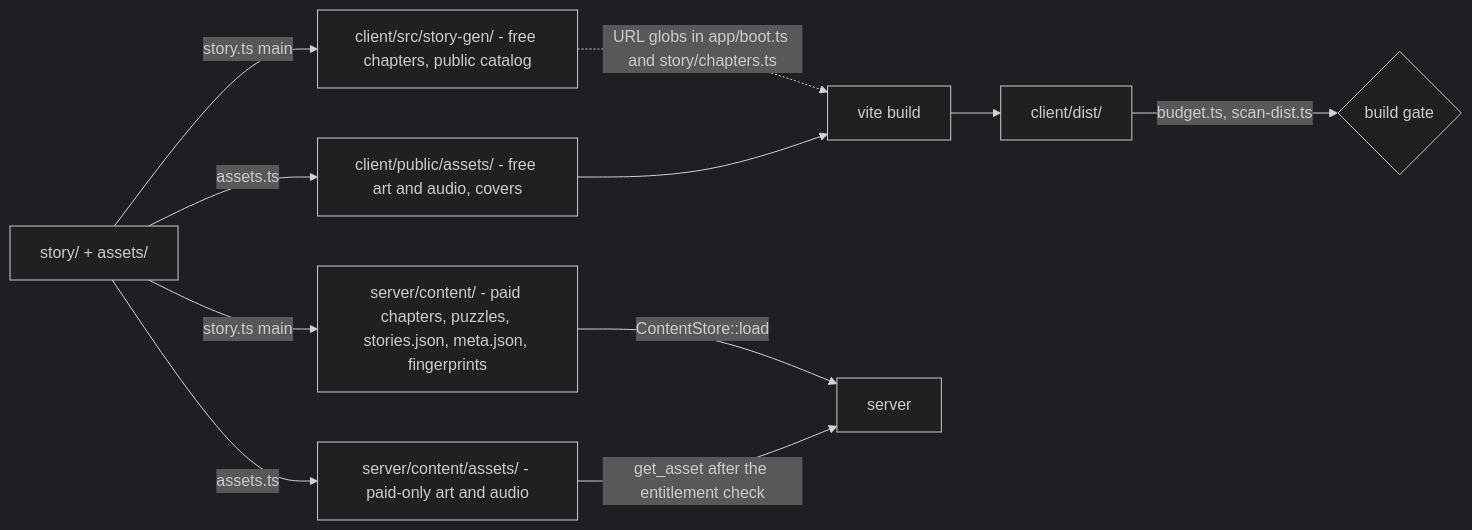
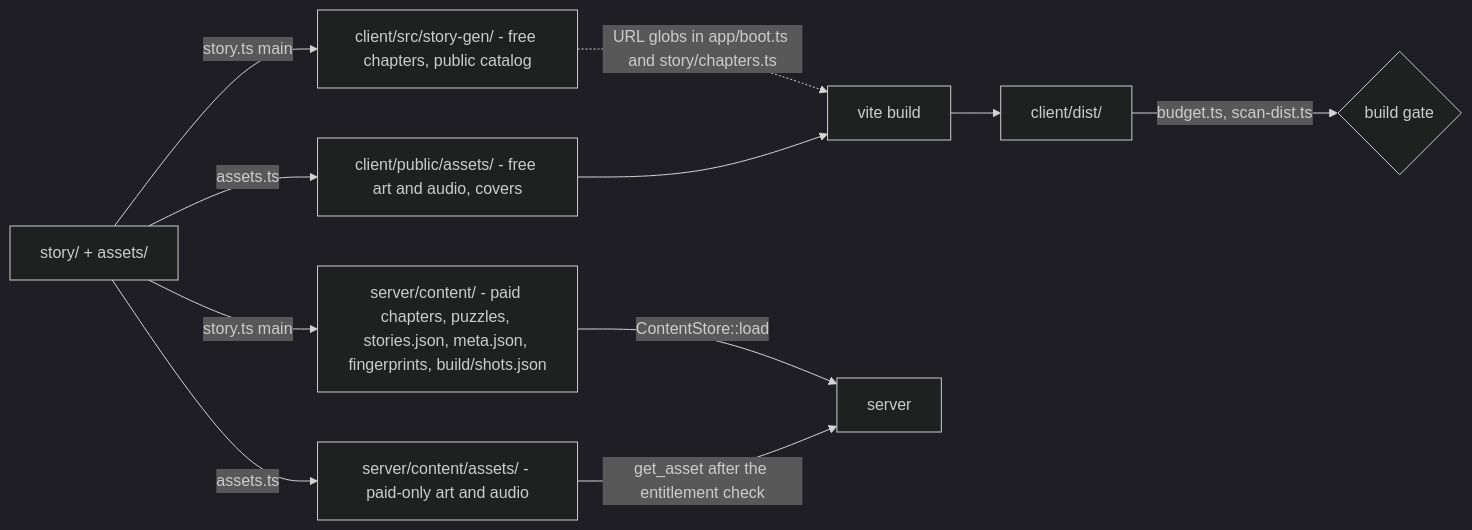
Before and after one commit to bluesteelll/tg-app-novel: the first of 9 diagrams in docs/ARCHITECTURE.md, drawn with Mermaid (dark theme). The commit also changed other lines of this file and 8 other files, not shown here.

````diff
--- a/docs/ARCHITECTURE.md
+++ b/docs/ARCHITECTURE.md
@@ -51,13 +51,13 @@
 ```mermaid
 flowchart LR
     S["story/ + assets/"] -->|"story.ts main"| SG["client/src/story-gen/ - free chapters, public catalog"]
-    S -->|"story.ts main"| SC["server/content/ - paid chapters, puzzles, stories.json, meta.json, fingerprints"]
+    S -->|"story.ts main"| SC["server/content/ - paid chapters, puzzles, stories.json, meta.json, fingerprints, build/shots.json"]
     S -->|"assets.ts"| PA["client/public/assets/ - free art and audio, covers"]
     S -->|"assets.ts"| SA["server/content/assets/ - paid-only art and audio"]
     SG -.->|"URL globs in app/boot.ts and story/chapters.ts"| V["vite build"]
     PA --> V
     V --> D["client/dist/"]
     D -->|"budget.ts, scan-dist.ts"| G{"build gate"}
     SC -->|"ContentStore::load"| SRV["server"]
     SA -->|"get_asset after the entitlement check"| SRV
 ```
````
